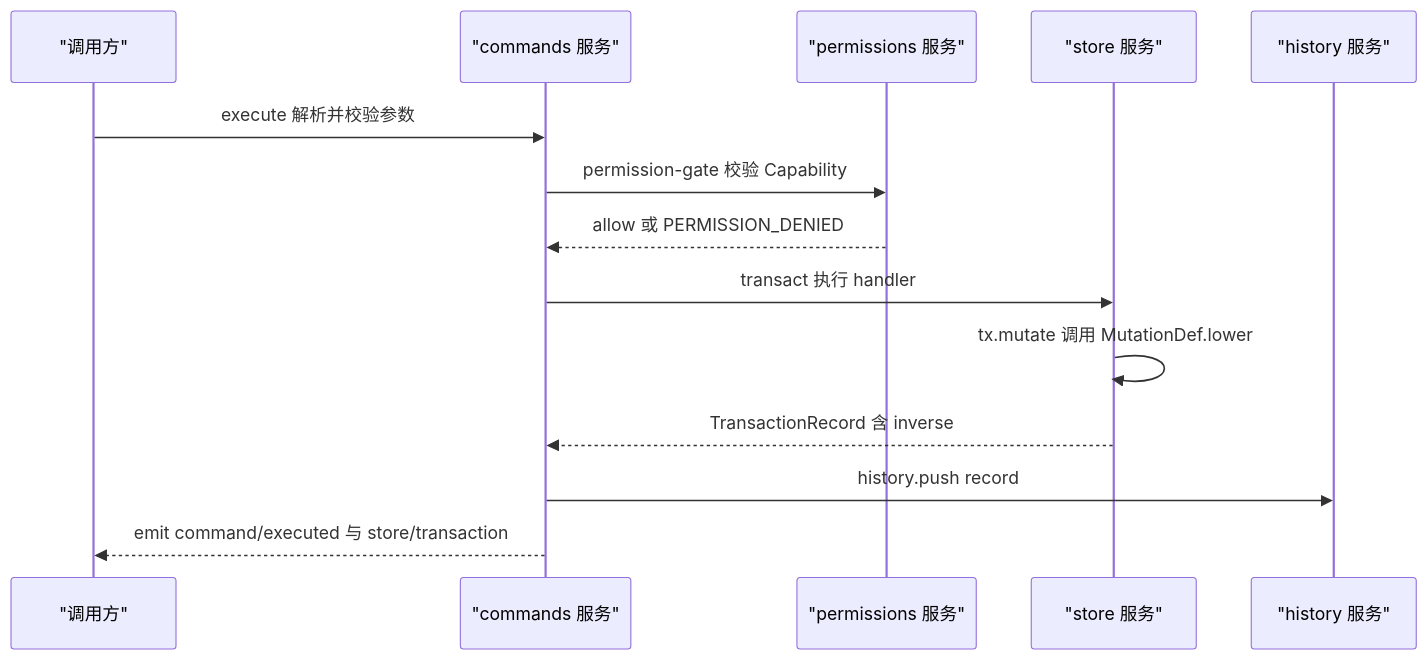
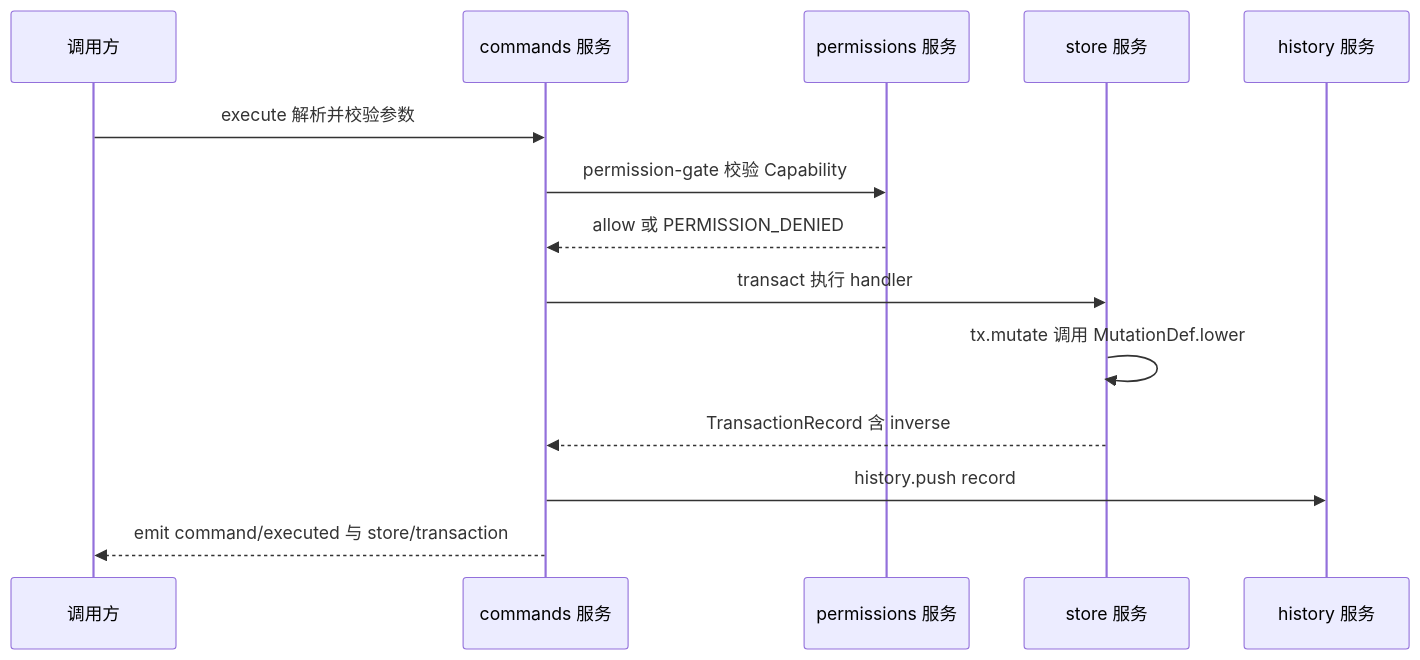
One commit to Xeonice/cordis-ppt-editor changed the sixth of 11 diagrams in docs/40-modules/02-kernel-protocol-and-document-core.md. Above: the diagram before and after it, drawn with Mermaid. The commit also changed other lines of this file and 22 other files, not shown here.

First line of the commit message:
docs(modules): 新增架构图集 18/19，补图并按 §4.18 回写模块设计线

````diff
--- a/docs/40-modules/02-kernel-protocol-and-document-core.md
+++ b/docs/40-modules/02-kernel-protocol-and-document-core.md
@@ -398,16 +475,16 @@
 ```mermaid
 sequenceDiagram
-  participant caller as "调用方"
-  participant commands as "commands 服务"
-  participant permissions as "permissions 服务"
-  participant store as "store 服务"
-  participant history as "history 服务"
+  participant caller as 调用方
+  participant commands as commands 服务
+  participant permissions as permissions 服务
+  participant store as store 服务
+  participant history as history 服务
   caller->>commands: execute 解析并校验参数
   commands->>permissions: permission-gate 校验 Capability
   permissions-->>commands: allow 或 PERMISSION_DENIED
   commands->>store: transact 执行 handler
   store->>store: tx.mutate 调用 MutationDef.lower
   store-->>commands: TransactionRecord 含 inverse
   commands->>history: history.push record
   commands-->>caller: emit command/executed 与 store/transaction
 ```
````
